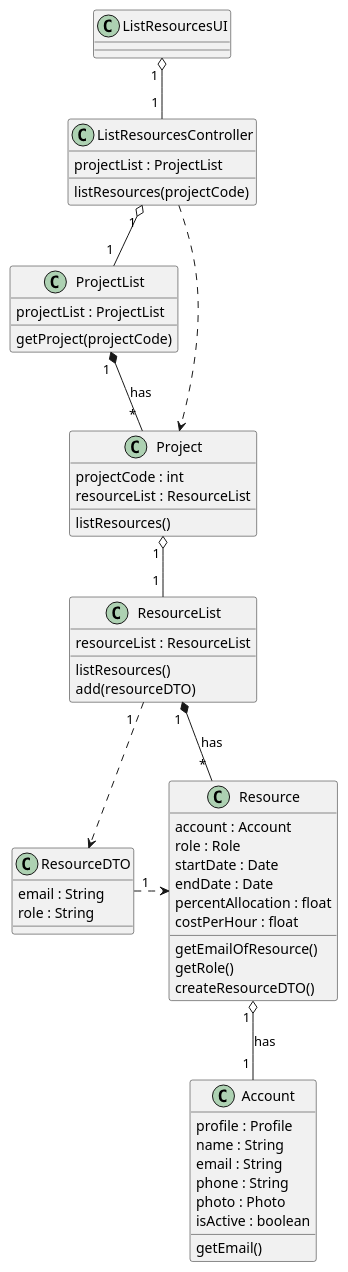
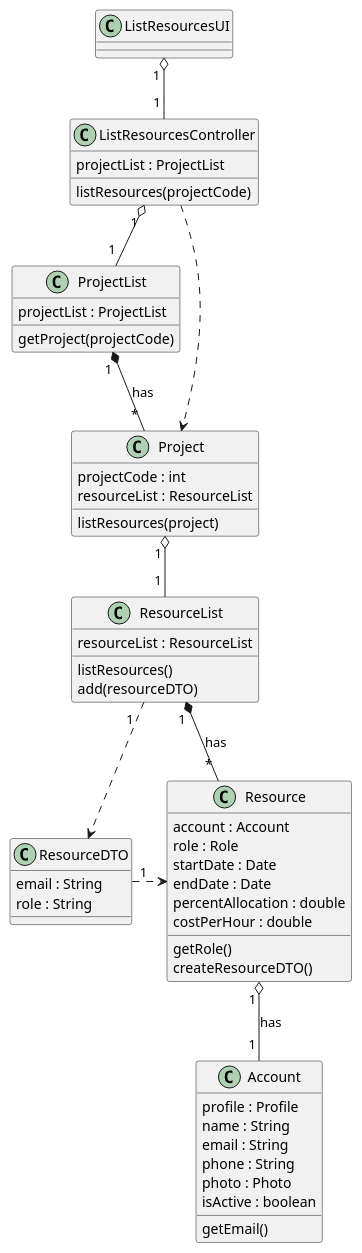
One commit to ivo-menezes/project_g3 changed the diagram in docs/modelling_design/user_stories/us014/US014_ListHumanResourcesOfProjectCD.puml. Above: the diagram before and after it, drawn with PlantUML.

Commit message:
US014: Design : updated CD

```diff
--- a/docs/modelling_design/user_stories/us014/US014_ListHumanResourcesOfProjectCD.puml
+++ b/docs/modelling_design/user_stories/us014/US014_ListHumanResourcesOfProjectCD.puml
@@ -1,65 +1,64 @@
 @startuml
 
 class ListResourcesUI {
 }
 
 class ListResourcesController{
 projectList : ProjectList
 listResources(projectCode)
 }
 
 class ProjectList{
 projectList : ProjectList
 getProject(projectCode)
 }
 
 class Project {
 projectCode : int
 resourceList : ResourceList
-listResources()
+listResources(project)
 }
 
 class ResourceList{
 resourceList : ResourceList
 listResources()
 add(resourceDTO)
 }
 
 class ResourceDTO {
 email : String
 role : String
 }
 
 class Resource {
 account : Account
 role : Role
 startDate : Date
 endDate : Date
-percentAllocation : float
-costPerHour : float
-getEmailOfResource()
+percentAllocation : double
+costPerHour : double
 getRole()
 createResourceDTO()
 }
 
 class Account {
 profile : Profile
 name : String
 email : String
 phone : String
 photo : Photo
 isActive : boolean
 getEmail()
 }
 
 ListResourcesUI "1 " o-- "1 " ListResourcesController
 ListResourcesController "1 " o-- "1 " ProjectList
 ListResourcesController ..> Project
 ProjectList "1 " *-- " * " Project : has
 Project "1 " o-- "1 " ResourceList
 ResourceList "1  " ..> ResourceDTO
 ResourceDTO "1" .right.> Resource
 ResourceList "1 " *-- " * " Resource : has
 Resource "1 " o-- "1 " Account : has
 
 @enduml
```
